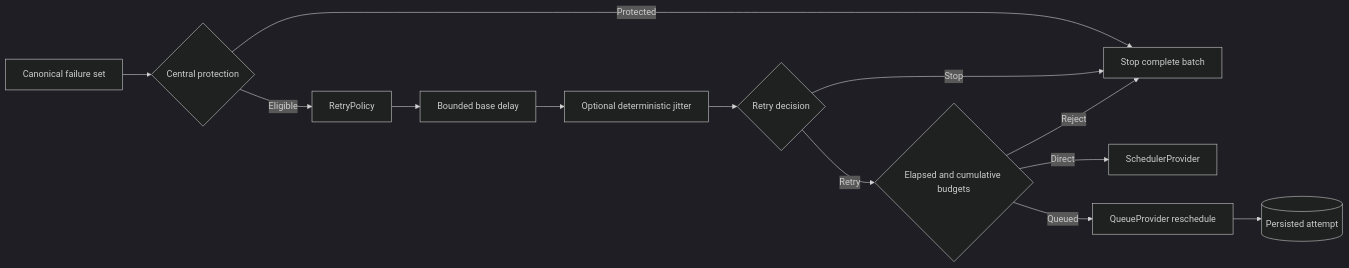
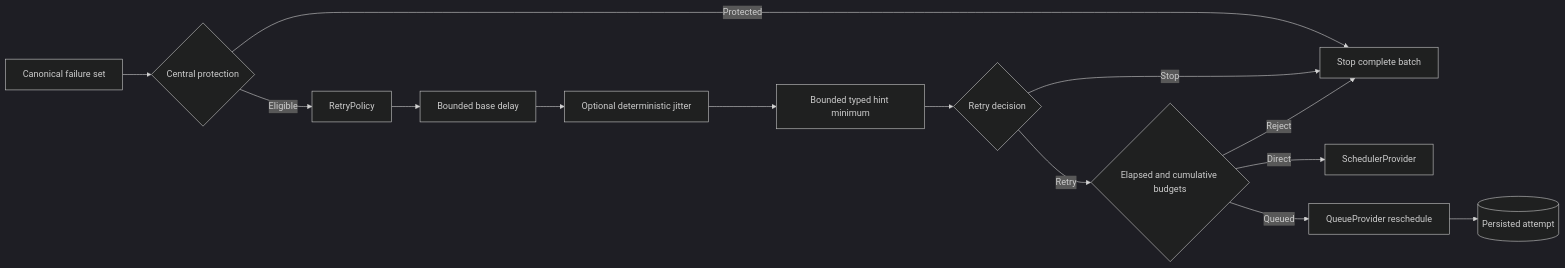
The diagram in docs/architecture/retry-boundaries.md (dataloom-sdk/dataloom), drawn with Mermaid (dark theme) before and after one commit. The commit also changed other lines of this file and 25 other files, not shown here.

````diff
--- a/docs/architecture/retry-boundaries.md
+++ b/docs/architecture/retry-boundaries.md
@@ -14,27 +15,29 @@
 ```mermaid
 flowchart LR
     failure[Canonical failure set]
     guard{Central protection}
     stop[Stop complete batch]
     policy[RetryPolicy]
     base[Bounded base delay]
     jitter[Optional deterministic jitter]
+    hint[Bounded typed hint minimum]
     decision{Retry decision}
     budget{Elapsed and cumulative budgets}
     direct[SchedulerProvider]
     queued[QueueProvider reschedule]
     durable[(Persisted attempt)]
 
     failure --> guard
     guard -->|Protected| stop
     guard -->|Eligible| policy
     policy --> base
     base --> jitter
-    jitter --> decision
+    jitter --> hint
+    hint --> decision
     decision -->|Stop| stop
     decision -->|Retry| budget
     budget -->|Reject| stop
     budget -->|Direct| direct
     budget -->|Queued| queued
     queued --> durable
 ```
````
